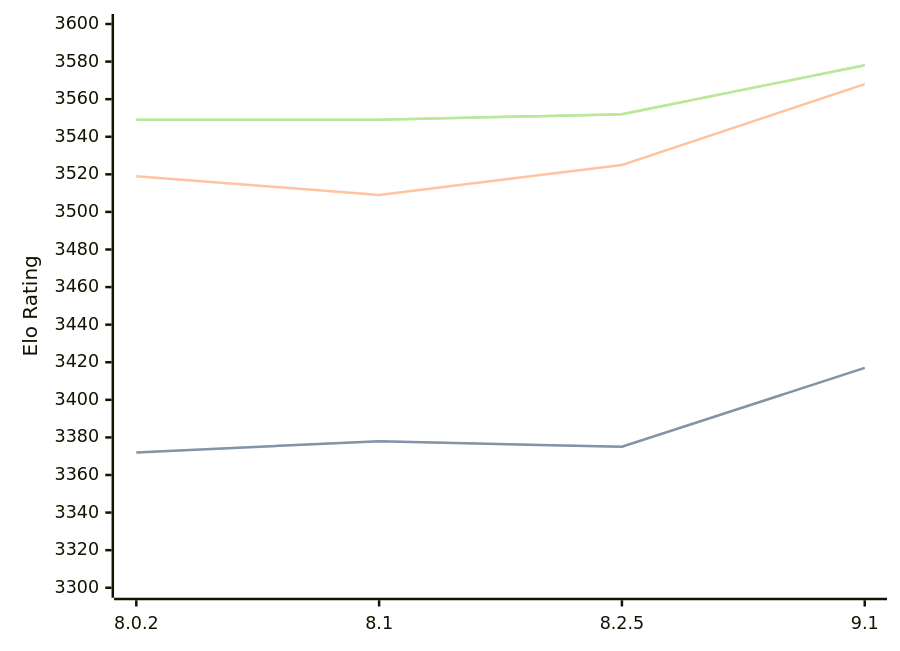
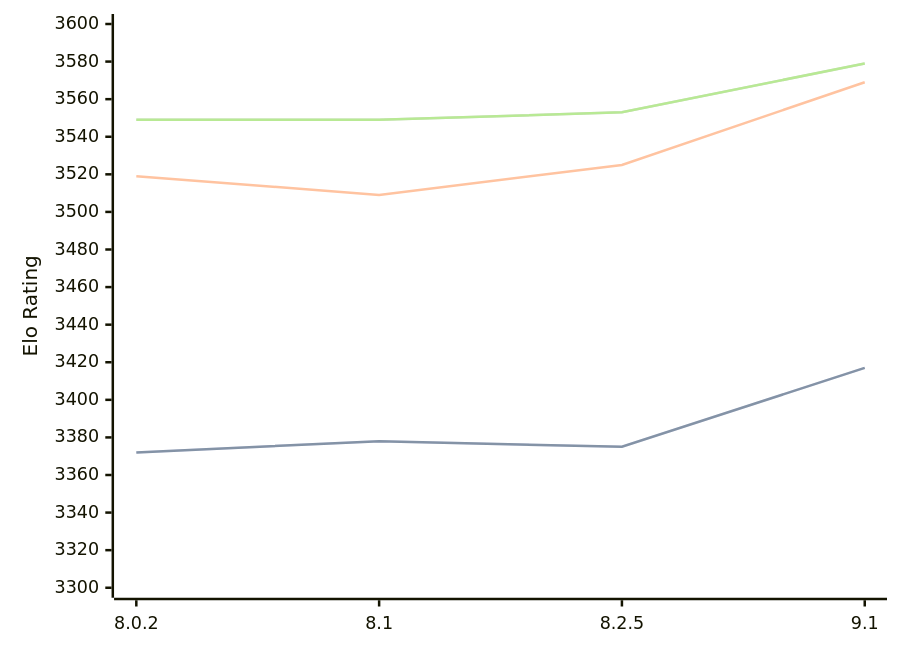
The diagram in engines/Clover.md (computer-chess-index/cci), drawn with Mermaid before and after one commit. The commit also changed other lines of this file, not shown here.

Commit message:
Update CCI Ratings (ELO VLTC) - 2026-03-13

````diff
--- a/engines/Clover.md
+++ b/engines/Clover.md
@@ -62,11 +62,11 @@
 ```mermaid
 %%{init: {"theme":"base","themeVariables":{"seriesColors:['#a3a3a3','#222221','#faa371']}}}%%
 xychart-beta
   x-axis ["8.0.2", "8.1", "8.2.5", "9.1"]
   y-axis "Elo Rating" 3300 --> 3600
   line "STC (8.0+0.08s)" [3372, 3378, 3375, 3417]
   line "STC (8.0+0.08s)" [3372, 3378, 3375, 3417]
-  line "LTC (60.0+0.60s)" [3519, 3509, 3525, 3568]
-  line "VLTC (2m24s+1.12s)" [3549, 3549, 3552, 3578]
-  line "VLTC (2m24s+1.12s)" [3549, 3549, 3552, 3578]
+  line "LTC (60.0+0.60s)" [3519, 3509, 3525, 3569]
+  line "VLTC (2m24s+1.12s)" [3549, 3549, 3553, 3579]
+  line "VLTC (2m24s+1.12s)" [3549, 3549, 3553, 3579]
 ```
````
